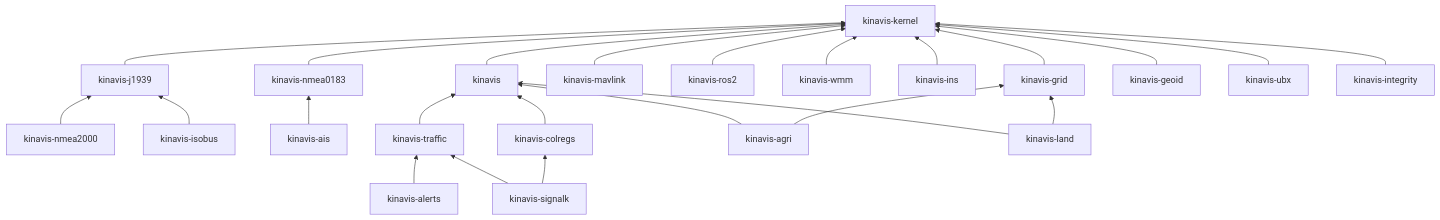
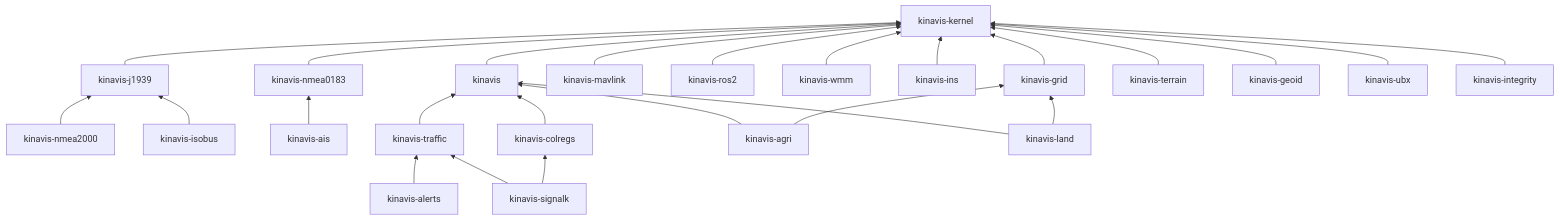
One commit to KINAVIS/kinavis changed the diagram in README.md. Above: the diagram before and after it, drawn with Mermaid. The commit also changed other lines of this file and 30 other files, not shown here.

First line of the commit message:
feat(terrain): kinavis-terrain 0.1.0 and kernel 1.2.0, terrain over SRTM tiles (#44)

````diff
--- a/README.md
+++ b/README.md
@@ -85,27 +85,28 @@
 ```mermaid
 graph BT
     kernel[kinavis-kernel]
     kinavis --> kernel
     nmea0183[kinavis-nmea0183] --> kernel
     j1939[kinavis-j1939] --> kernel
     nmea2000[kinavis-nmea2000] --> j1939
     isobus[kinavis-isobus] --> j1939
     mavlink[kinavis-mavlink] --> kernel
     ros2[kinavis-ros2] --> kernel
     wmm[kinavis-wmm] --> kernel
     ins[kinavis-ins] --> kernel
     ais[kinavis-ais] --> nmea0183
     traffic[kinavis-traffic] --> kinavis
     colregs[kinavis-colregs] --> kinavis
     grid[kinavis-grid] --> kernel
+    terrain[kinavis-terrain] --> kernel
     geoid[kinavis-geoid] --> kernel
     ubx[kinavis-ubx] --> kernel
     integrity[kinavis-integrity] --> kernel
     agri[kinavis-agri] --> kinavis
     agri --> grid
     land[kinavis-land] --> kinavis
     land --> grid
     alerts[kinavis-alerts] --> traffic
     signalk[kinavis-signalk] --> traffic
     signalk --> colregs
 ```
````
